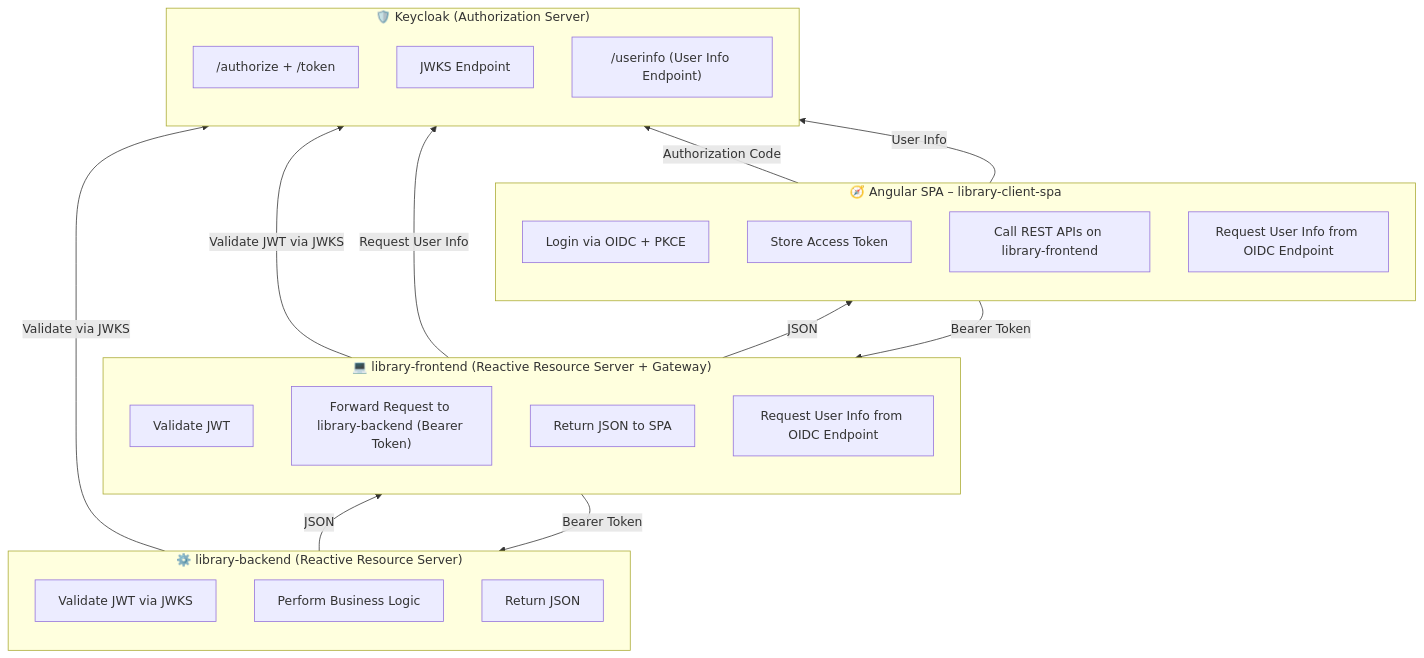
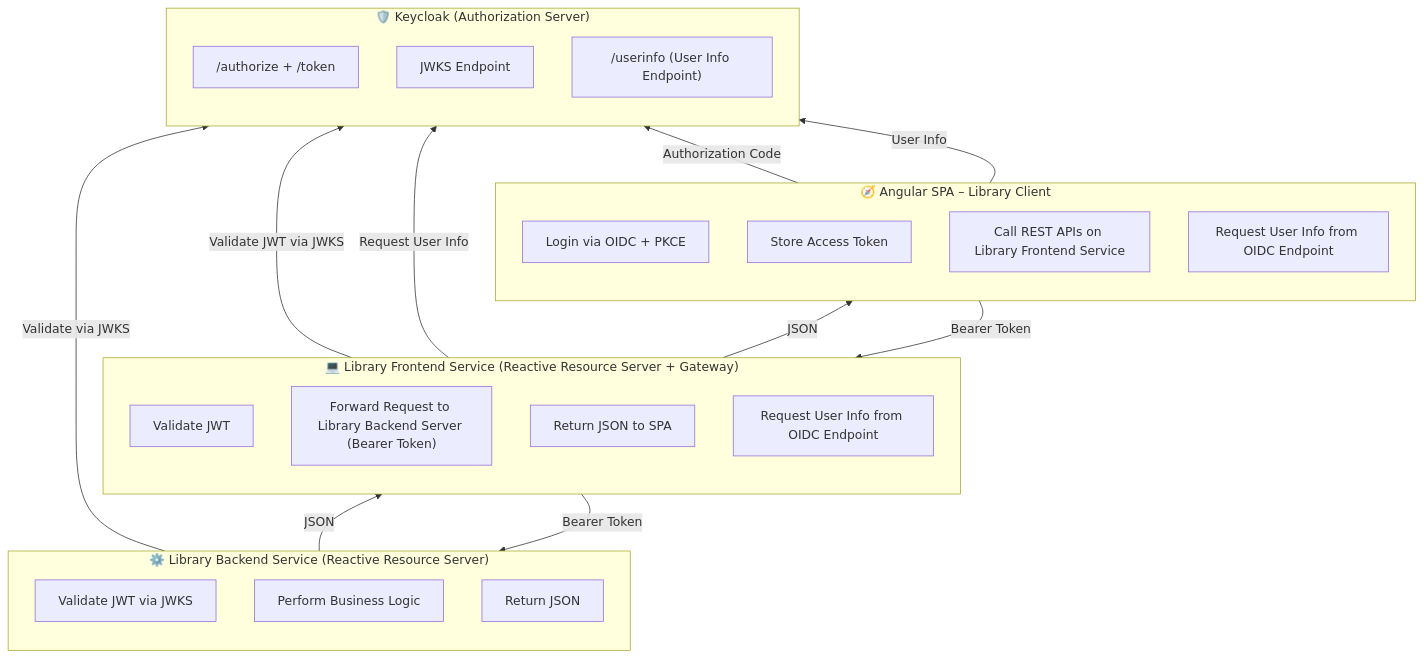
Before and after one commit to kergru/library-client-spa: the first of 2 diagrams in README.md, drawn with Mermaid. The commit also changed other lines of this file, not shown here.

Commit message:
documentation added

````diff
--- a/README.md
+++ b/README.md
@@ -8,38 +8,38 @@
 ```mermaid
 flowchart BT
-    subgraph SPA["🧭 Angular SPA – library-client-spa"]
+    subgraph SPA["🧭 Angular SPA – Library Client"]
         SPA1["Login via OIDC + PKCE"]
         SPA2["Store Access Token"]
-        SPA3["Call REST APIs on library-frontend"]
+        SPA3["Call REST APIs on Library Frontend Service"]
         SPA4["Request User Info from OIDC Endpoint"]
     end
 
-    subgraph FRONTEND["💻 library-frontend (Reactive Resource Server + Gateway)"]
+    subgraph FRONTEND["💻 Library Frontend Service (Reactive Resource Server + Gateway)"]
         FE1["Validate JWT"]
-        FE2["Forward Request to library-backend (Bearer Token)"]
+        FE2["Forward Request to Library Backend Server (Bearer Token)"]
         FE3["Return JSON to SPA"]
         FE4["Request User Info from OIDC Endpoint"]
     end
 
-    subgraph BACKEND["⚙️ library-backend (Reactive Resource Server)"]
+    subgraph BACKEND["⚙️ Library Backend Service (Reactive Resource Server)"]
         BE1["Validate JWT via JWKS"]
         BE2["Perform Business Logic"]
         BE3["Return JSON"]
     end
 
     subgraph AUTH["🛡️ Keycloak (Authorization Server)"]
         AS1["/authorize + /token"]
         AS2["JWKS Endpoint"]
         AS3["/userinfo (User Info Endpoint)"]
     end
 
     SPA -->|"Authorization Code"| AUTH
     SPA -->|"Bearer Token"| FRONTEND
     FRONTEND -->|"Bearer Token"| BACKEND
     FRONTEND -->|"Validate JWT via JWKS"| AUTH
     FRONTEND -->|"Request User Info"| AUTH
     BACKEND -->|"Validate via JWKS"| AUTH
     BACKEND -->|"JSON"| FRONTEND
     FRONTEND -->|"JSON"| SPA
     SPA -->|"User Info"| AUTH
 ```
````
